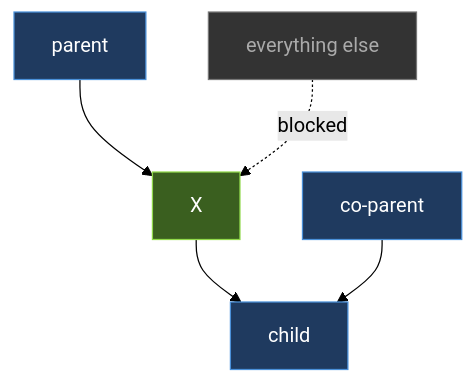
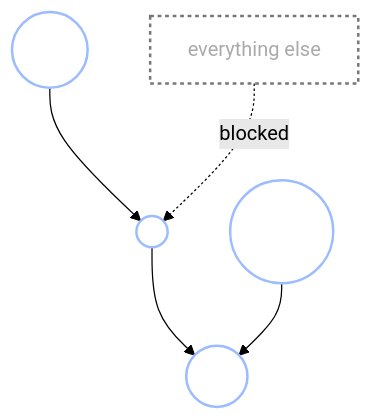
One commit to josephausterweil/probintro changed the fifth of 6 diagrams in content/intro2/09_conditional_independence.md. Above: the diagram before and after it, drawn with Mermaid (forest theme). The commit also changed other lines of this file and 3 other files, not shown here.

````diff
--- a/content/intro2/09_conditional_independence.md
+++ b/content/intro2/09_conditional_independence.md
@@ -140,12 +136,11 @@
 ```mermaid
 graph TD
-    P1["parent"] --> X["X"]
-    X --> Ch["child"]
-    CoP["co-parent"] --> Ch
+    P1(("parent")) --> X(("X"))
+    X --> Ch(("child"))
+    CoP(("co-parent")) --> Ch
     Other["everything else"] -.blocked.-> X
-    style X fill:#3a5f1f,stroke:#90d94a,color:#fff
-    style P1 fill:#1f3a5f,stroke:#4a90d9,color:#fff
-    style Ch fill:#1f3a5f,stroke:#4a90d9,color:#fff
-    style CoP fill:#1f3a5f,stroke:#4a90d9,color:#fff
-    style Other fill:#333,stroke:#777,color:#aaa
+    classDef node fill:none,stroke:#9bbcff,stroke-width:2px,color:#fff
+    classDef faded fill:none,stroke:#777,stroke-dasharray:3 3,color:#aaa
+    class P1,X,Ch,CoP node
+    class Other faded
 ```
````
